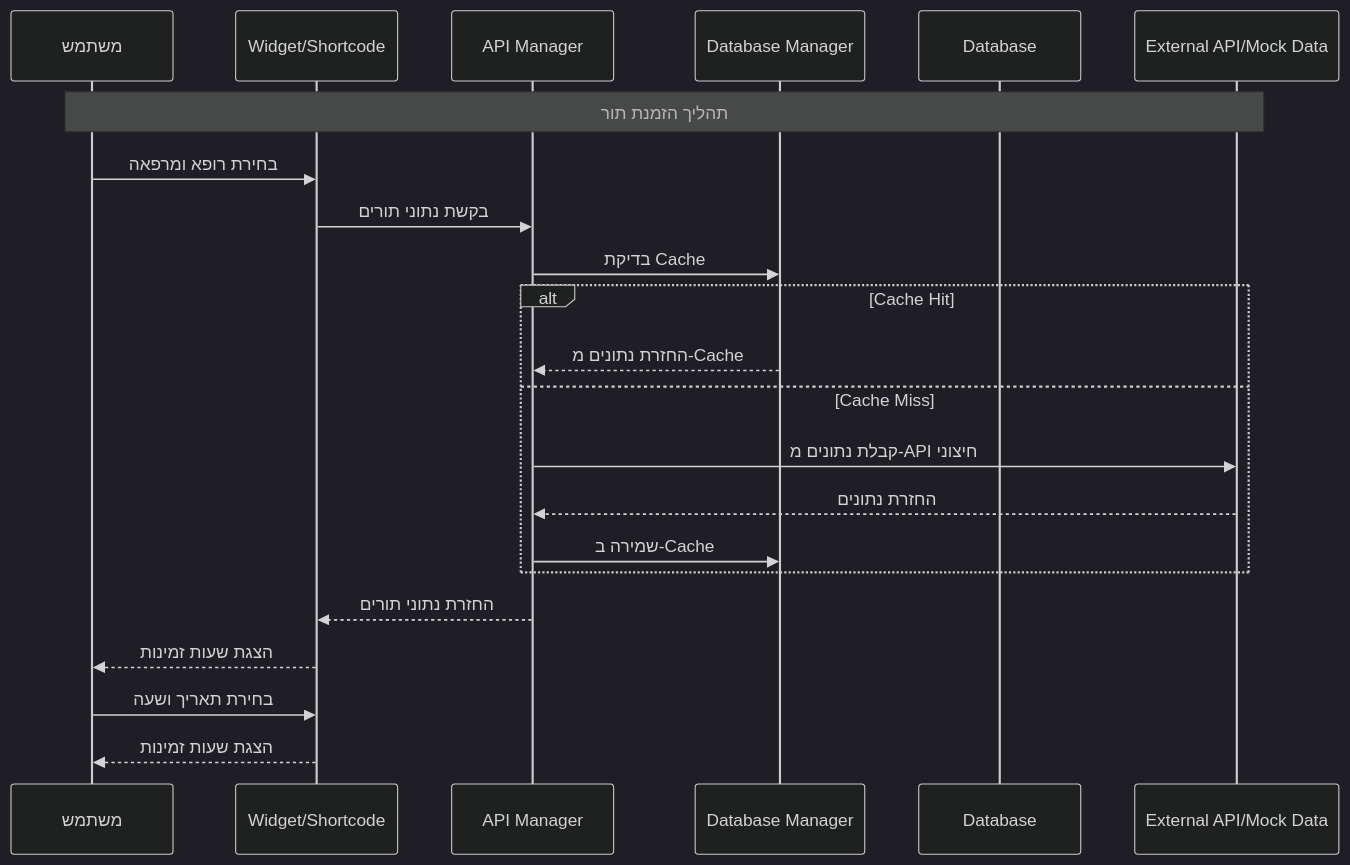
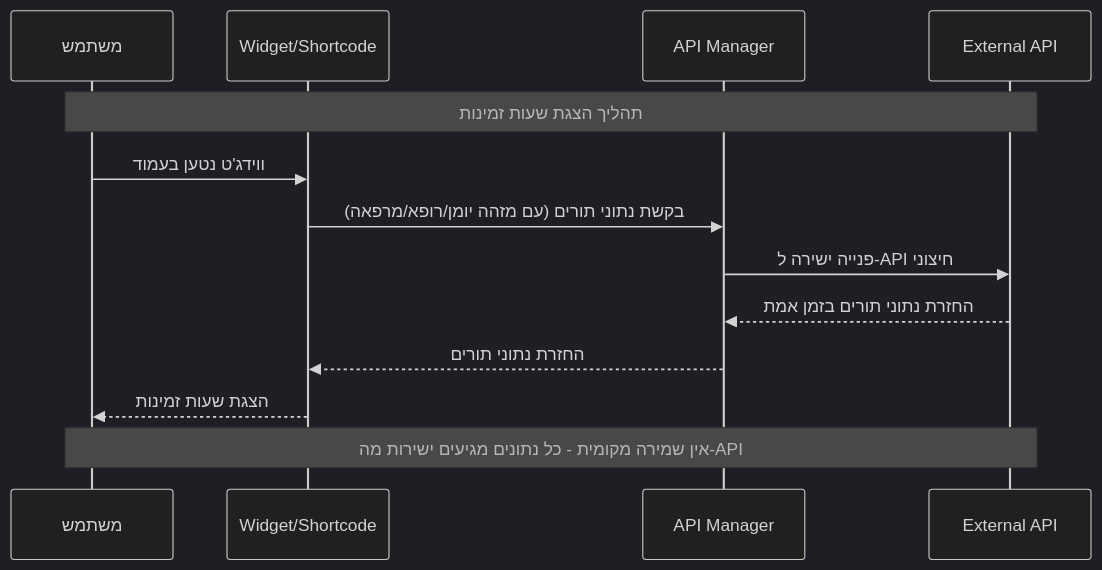
The second of 8 diagrams in docs/FLOW_DIAGRAM.md (OrielBenMoshe/clinic-queue-management), drawn with Mermaid (dark theme) before and after one commit. The commit also changed other lines of this file and 78 other files, not shown here.

````diff
--- a/docs/FLOW_DIAGRAM.md
+++ b/docs/FLOW_DIAGRAM.md
@@ -99,27 +92,18 @@
 ```mermaid
 sequenceDiagram
     participant U as משתמש
     participant W as Widget/Shortcode
     participant A as API Manager
-    participant D as Database Manager
-    participant DB as Database
-    participant E as External API/Mock Data
+    participant E as External API
     
-    Note over U,E: תהליך הזמנת תור
+    Note over U,E: תהליך הצגת שעות זמינות
     
-    U->>W: בחירת רופא ומרפאה
-    W->>A: בקשת נתוני תורים
-    A->>D: בדיקת Cache
-    alt Cache Hit
-        D-->>A: החזרת נתונים מ-Cache
-    else Cache Miss
-        A->>E: קבלת נתונים מ-API חיצוני
-        E-->>A: החזרת נתונים
-        A->>D: שמירה ב-Cache
-    end
+    U->>W: ווידג'ט נטען בעמוד
+    W->>A: בקשת נתוני תורים (עם מזהה יומן/רופא/מרפאה)
+    A->>E: פנייה ישירה ל-API חיצוני
+    E-->>A: החזרת נתוני תורים בזמן אמת
     A-->>W: החזרת נתוני תורים
     W-->>U: הצגת שעות זמינות
     
-    U->>W: בחירת תאריך ושעה
-    W-->>U: הצגת שעות זמינות
+    Note over U,E: אין שמירה מקומית - כל נתונים מגיעים ישירות מה-API
 ```
````
